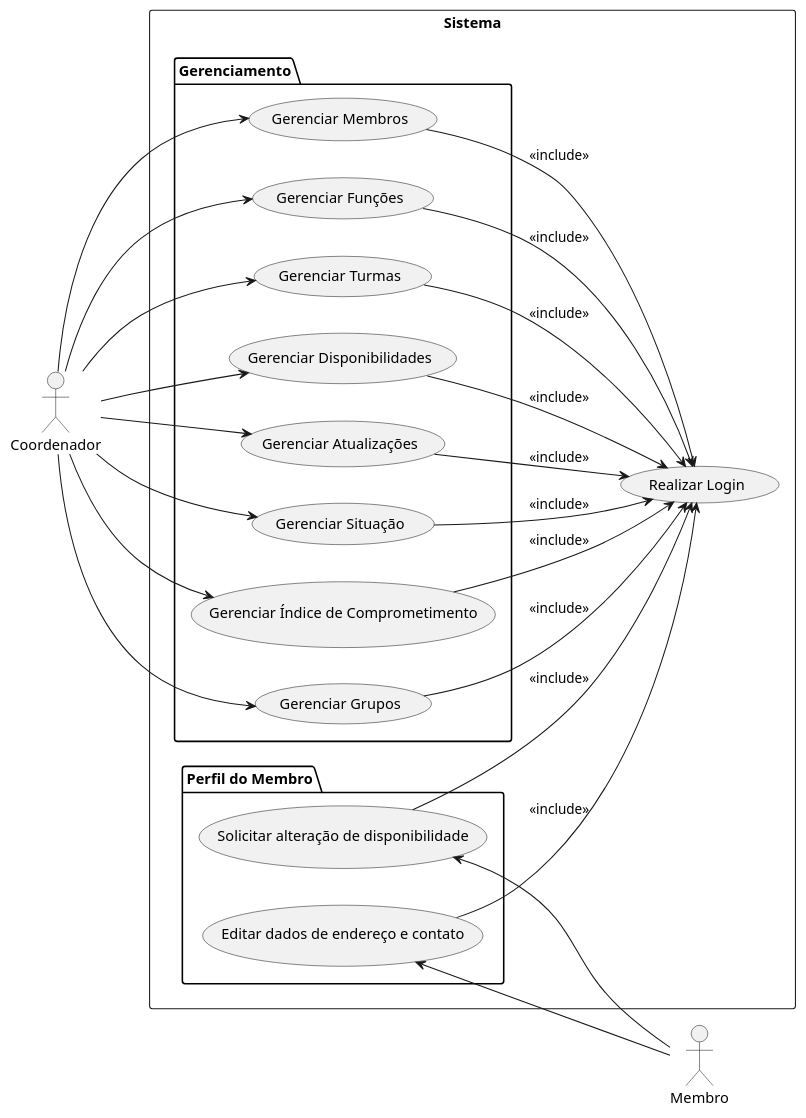
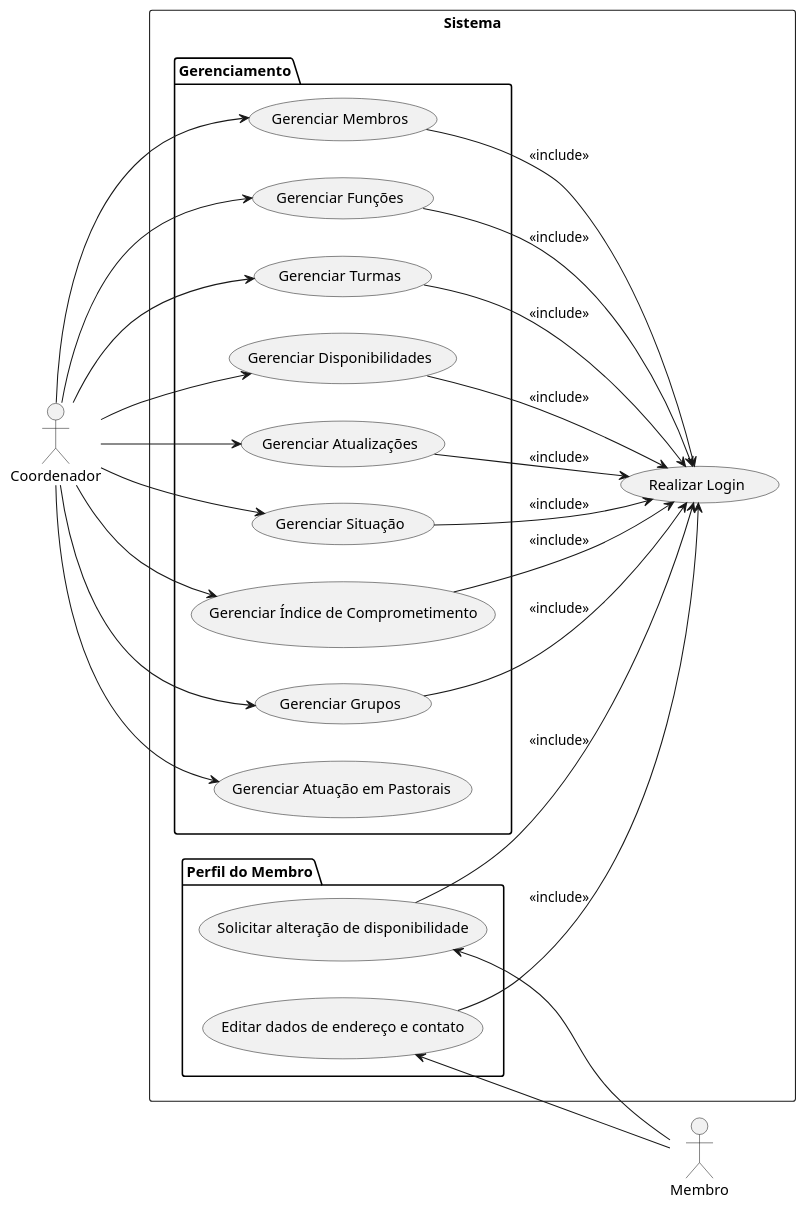
Before and after one commit to carlasoliveira/django-gerenciador: the diagram in static/diagrams/dcu.puml, drawn with PlantUML. The commit also changed 16 other files, not shown here.

```diff
--- a/static/diagrams/dcu.puml
+++ b/static/diagrams/dcu.puml
@@ -1,52 +1,54 @@
 @startuml
 left to right direction
 
 actor "Coordenador" as Coord
 actor "Membro" as Membro
 
 rectangle "Sistema" {
   
   usecase "Realizar Login" as UCLogin
   
   package "Gerenciamento" {
     usecase "Gerenciar Membros" as UC1
     usecase "Gerenciar Funções" as UC2
     usecase "Gerenciar Turmas" as UC3
     usecase "Gerenciar Disponibilidades" as UC4
     usecase "Gerenciar Atualizações" as UC5
     usecase "Gerenciar Situação" as UC6
     usecase "Gerenciar Índice de Comprometimento" as UC7
     usecase "Gerenciar Grupos" as UC8
+	usecase "Gerenciar Atuação em Pastorais" as UC11
   }
 
   package "Perfil do Membro" {
     usecase "Solicitar alteração de disponibilidade" as UC9
     usecase "Editar dados de endereço e contato" as UC10
   }
 }
 
 ' Atores conectados aos seus casos de uso
 Coord --> UC1
 Coord --> UC2
 Coord --> UC3
 Coord --> UC4
 Coord --> UC5
 Coord --> UC6
 Coord --> UC7
 Coord --> UC8
+Coord --> UC11
 
 UC9 <-- Membro
 UC10 <-- Membro
 
 ' Includes de login
 UC1 --> UCLogin : <<include>>
 UC2 --> UCLogin : <<include>>
 UC3 --> UCLogin : <<include>>
 UC4 --> UCLogin : <<include>>
 UC5 --> UCLogin : <<include>>
 UC6 --> UCLogin : <<include>>
 UC7 --> UCLogin : <<include>>
 UC8 --> UCLogin : <<include>>
 UC9 --> UCLogin : <<include>>
 UC10 --> UCLogin : <<include>>
 @enduml
```
